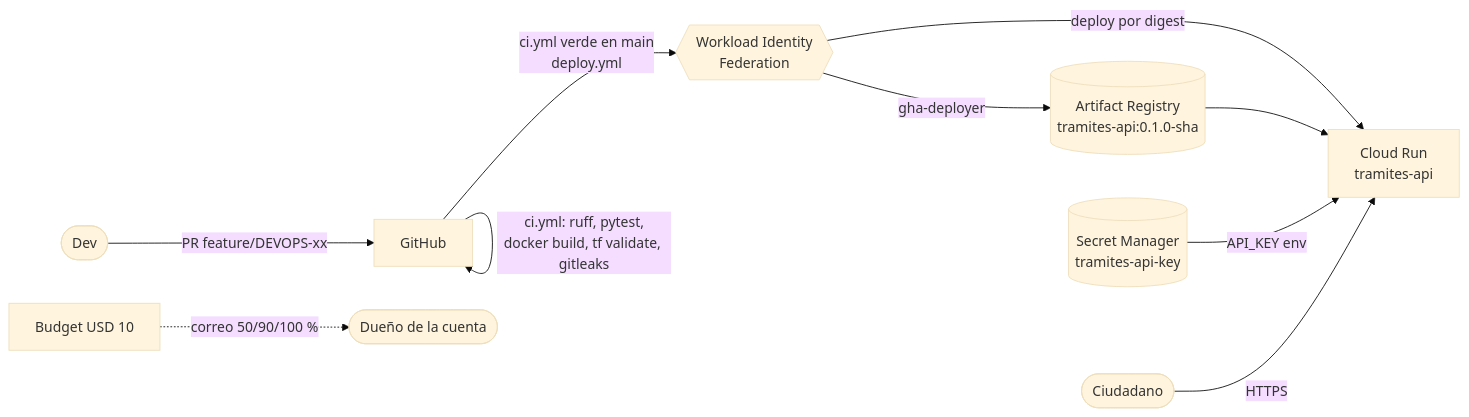
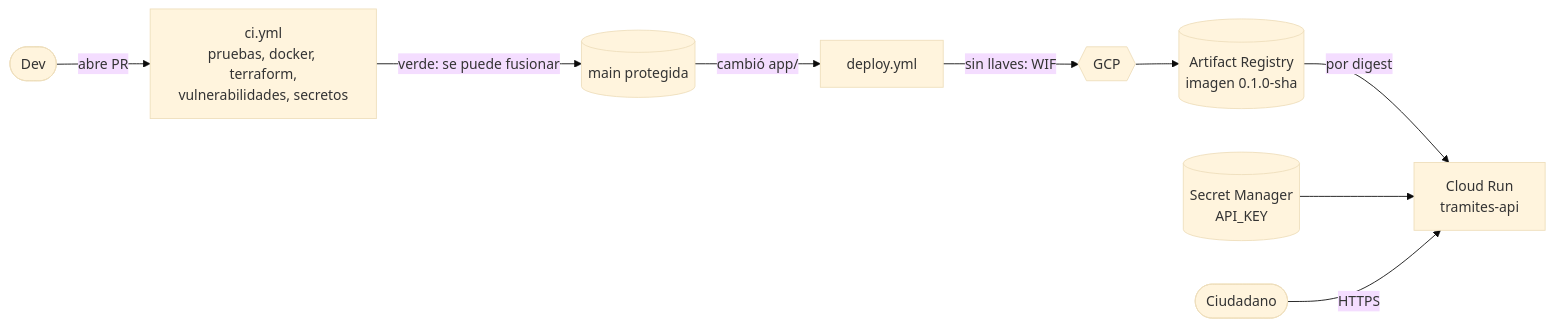
Before and after one commit to nekrerzy/tramites-platform: the diagram in README.md, drawn with Mermaid (base theme). The commit also changed other lines of this file and 1 other file, not shown here.

````diff
--- a/README.md
+++ b/README.md
@@ -17,12 +17,11 @@
 ```mermaid
 flowchart LR
-    dev([Dev]) -->|PR feature/DEVOPS-xx| gh[GitHub]
-    gh -->|ci.yml: ruff, pytest,<br/>docker build, tf validate, gitleaks| gh
-    gh -->|ci.yml verde en main<br/>deploy.yml| wif{{Workload Identity<br/>Federation}}
-    wif -->|gha-deployer| ar[(Artifact Registry<br/>tramites-api:0.1.0-sha)]
-    wif -->|deploy por digest| run[Cloud Run<br/>tramites-api]
-    ar --> run
-    sm[(Secret Manager<br/>tramites-api-key)] -->|API_KEY env| run
+    dev([Dev]) -->|abre PR| ci[ci.yml<br/>pruebas, docker, terraform,<br/>vulnerabilidades, secretos]
+    ci -->|verde: se puede fusionar| main[(main protegida)]
+    main -->|cambió app/| deploy[deploy.yml]
+    deploy -->|sin llaves: WIF| gcp{{GCP}}
+    gcp --> ar[(Artifact Registry<br/>imagen 0.1.0-sha)]
+    ar -->|por digest| run[Cloud Run<br/>tramites-api]
+    sm[(Secret Manager<br/>API_KEY)] --> run
     cit([Ciudadano]) -->|HTTPS| run
-    budget[Budget USD 10] -. correo 50/90/100 % .-> owner([Dueño de la cuenta])
 ```
````
